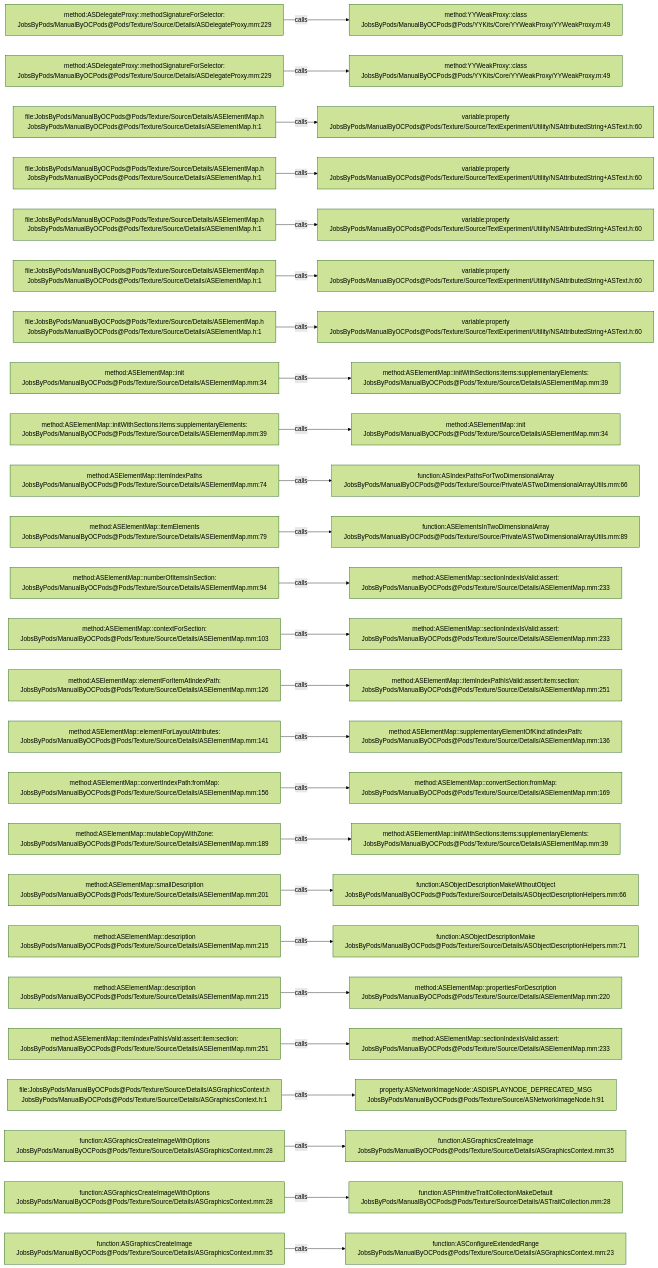
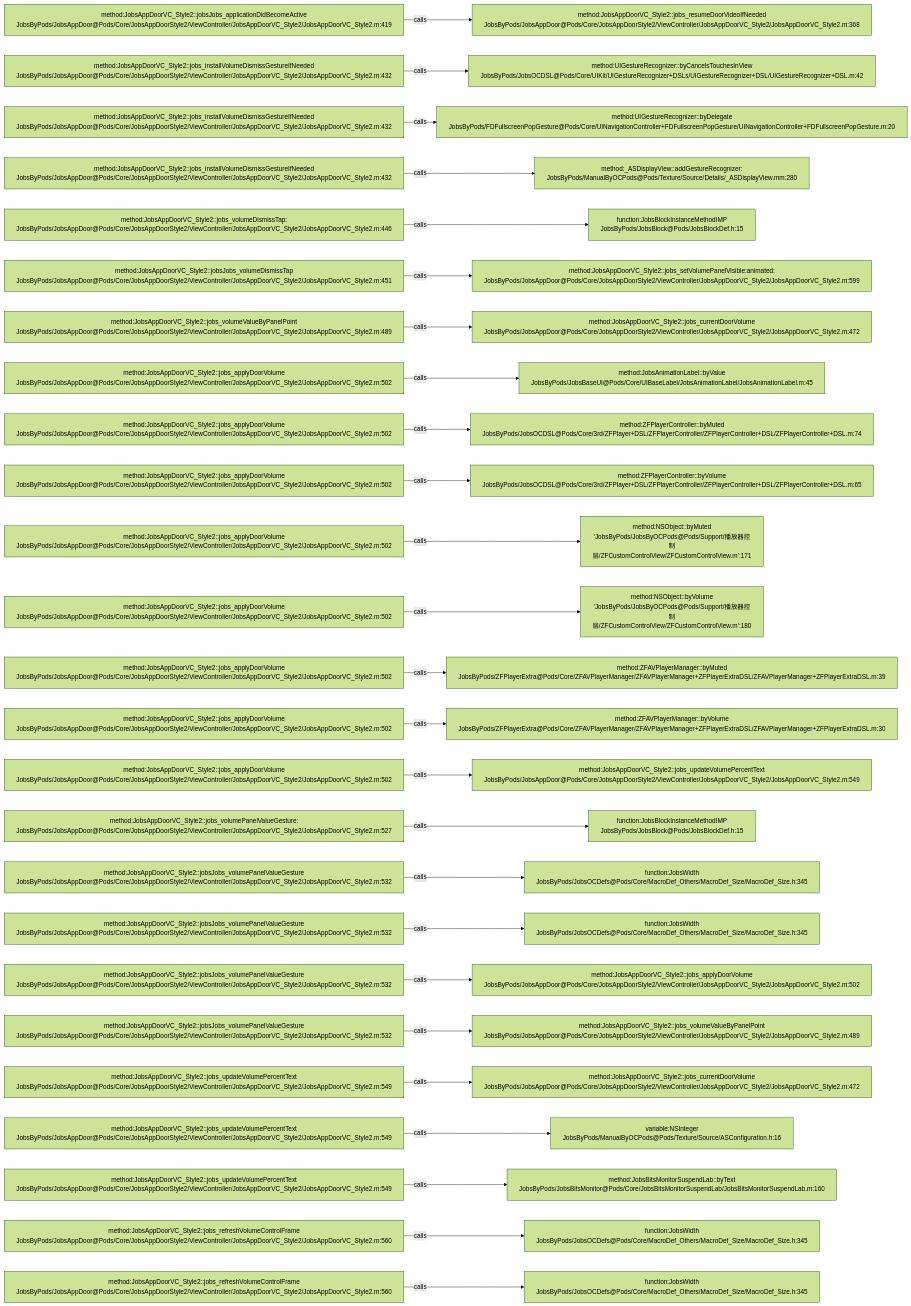
Before and after one commit to JobsKits/JobsOCBaseConfigDemo: the diagram in .codegraph/codegraph.md/graphs/calls-141.md, drawn with Mermaid (forest theme). The commit also changed 768 other files, not shown here.

````diff
--- a/.codegraph/codegraph.md/graphs/calls-141.md
+++ b/.codegraph/codegraph.md/graphs/calls-141.md
@@ -13,78 +13,78 @@
 ```mermaid
 flowchart LR
-  S1["method:ASDelegateProxy::methodSignatureForSelector:<br/>JobsByPods/ManualByOCPods@Pods/Texture/Source/Details/ASDelegateProxy.mm:229"]
-  T1["method:YYWeakProxy::class<br/>JobsByPods/ManualByOCPods@Pods/YYKits/Core/YYWeakProxy/YYWeakProxy.m:49"]
+  S1["method:JobsAppDoorVC_Style2::jobsJobs_applicationDidBecomeActive<br/>JobsByPods/JobsAppDoor@Pods/Core/JobsAppDoorStyle2/ViewController/JobsAppDoorVC_Style2/JobsAppDoorVC_Style2.m:419"]
+  T1["method:JobsAppDoorVC_Style2::jobs_resumeDoorVideoIfNeeded<br/>JobsByPods/JobsAppDoor@Pods/Core/JobsAppDoorStyle2/ViewController/JobsAppDoorVC_Style2/JobsAppDoorVC_Style2.m:368"]
   S1 -->|calls| T1
-  S2["method:ASDelegateProxy::methodSignatureForSelector:<br/>JobsByPods/ManualByOCPods@Pods/Texture/Source/Details/ASDelegateProxy.mm:229"]
-  T2["method:YYWeakProxy::class<br/>JobsByPods/ManualByOCPods@Pods/YYKits/Core/YYWeakProxy/YYWeakProxy.m:49"]
+  S2["method:JobsAppDoorVC_Style2::jobs_installVolumeDismissGestureIfNeeded<br/>JobsByPods/JobsAppDoor@Pods/Core/JobsAppDoorStyle2/ViewController/JobsAppDoorVC_Style2/JobsAppDoorVC_Style2.m:432"]
+  T2["method:UIGestureRecognizer::byCancelsTouchesInView<br/>JobsByPods/JobsOCDSL@Pods/Core/UIKit/UIGestureRecognizer+DSLs/UIGestureRecognizer+DSL/UIGestureRecognizer+DSL.m:42"]
   S2 -->|calls| T2
-  S3["file:JobsByPods/ManualByOCPods@Pods/Texture/Source/Details/ASElementMap.h<br/>JobsByPods/ManualByOCPods@Pods/Texture/Source/Details/ASElementMap.h:1"]
-  T3["variable:property<br/>JobsByPods/ManualByOCPods@Pods/Texture/Source/TextExperiment/Utility/NSAttributedString+ASText.h:60"]
+  S3["method:JobsAppDoorVC_Style2::jobs_installVolumeDismissGestureIfNeeded<br/>JobsByPods/JobsAppDoor@Pods/Core/JobsAppDoorStyle2/ViewController/JobsAppDoorVC_Style2/JobsAppDoorVC_Style2.m:432"]
+  T3["method:UIGestureRecognizer::byDelegate<br/>JobsByPods/FDFullscreenPopGesture@Pods/Core/UINavigationController+FDFullscreenPopGesture/UINavigationController+FDFullscreenPopGesture.m:20"]
   S3 -->|calls| T3
-  S4["file:JobsByPods/ManualByOCPods@Pods/Texture/Source/Details/ASElementMap.h<br/>JobsByPods/ManualByOCPods@Pods/Texture/Source/Details/ASElementMap.h:1"]
-  T4["variable:property<br/>JobsByPods/ManualByOCPods@Pods/Texture/Source/TextExperiment/Utility/NSAttributedString+ASText.h:60"]
+  S4["method:JobsAppDoorVC_Style2::jobs_installVolumeDismissGestureIfNeeded<br/>JobsByPods/JobsAppDoor@Pods/Core/JobsAppDoorStyle2/ViewController/JobsAppDoorVC_Style2/JobsAppDoorVC_Style2.m:432"]
+  T4["method:_ASDisplayView::addGestureRecognizer:<br/>JobsByPods/ManualByOCPods@Pods/Texture/Source/Details/_ASDisplayView.mm:280"]
   S4 -->|calls| T4
-  S5["file:JobsByPods/ManualByOCPods@Pods/Texture/Source/Details/ASElementMap.h<br/>JobsByPods/ManualByOCPods@Pods/Texture/Source/Details/ASElementMap.h:1"]
-  T5["variable:property<br/>JobsByPods/ManualByOCPods@Pods/Texture/Source/TextExperiment/Utility/NSAttributedString+ASText.h:60"]
+  S5["method:JobsAppDoorVC_Style2::jobs_volumeDismissTap:<br/>JobsByPods/JobsAppDoor@Pods/Core/JobsAppDoorStyle2/ViewController/JobsAppDoorVC_Style2/JobsAppDoorVC_Style2.m:446"]
+  T5["function:JobsBlockInstanceMethodIMP<br/>JobsByPods/JobsBlock@Pods/JobsBlockDef.h:15"]
   S5 -->|calls| T5
-  S6["file:JobsByPods/ManualByOCPods@Pods/Texture/Source/Details/ASElementMap.h<br/>JobsByPods/ManualByOCPods@Pods/Texture/Source/Details/ASElementMap.h:1"]
-  T6["variable:property<br/>JobsByPods/ManualByOCPods@Pods/Texture/Source/TextExperiment/Utility/NSAttributedString+ASText.h:60"]
+  S6["method:JobsAppDoorVC_Style2::jobsJobs_volumeDismissTap<br/>JobsByPods/JobsAppDoor@Pods/Core/JobsAppDoorStyle2/ViewController/JobsAppDoorVC_Style2/JobsAppDoorVC_Style2.m:451"]
+  T6["method:JobsAppDoorVC_Style2::jobs_setVolumePanelVisible:animated:<br/>JobsByPods/JobsAppDoor@Pods/Core/JobsAppDoorStyle2/ViewController/JobsAppDoorVC_Style2/JobsAppDoorVC_Style2.m:599"]
   S6 -->|calls| T6
-  S7["file:JobsByPods/ManualByOCPods@Pods/Texture/Source/Details/ASElementMap.h<br/>JobsByPods/ManualByOCPods@Pods/Texture/Source/Details/ASElementMap.h:1"]
-  T7["variable:property<br/>JobsByPods/ManualByOCPods@Pods/Texture/Source/TextExperiment/Utility/NSAttributedString+ASText.h:60"]
+  S7["method:JobsAppDoorVC_Style2::jobs_volumeValueByPanelPoint<br/>JobsByPods/JobsAppDoor@Pods/Core/JobsAppDoorStyle2/ViewController/JobsAppDoorVC_Style2/JobsAppDoorVC_Style2.m:489"]
+  T7["method:JobsAppDoorVC_Style2::jobs_currentDoorVolume<br/>JobsByPods/JobsAppDoor@Pods/Core/JobsAppDoorStyle2/ViewController/JobsAppDoorVC_Style2/JobsAppDoorVC_Style2.m:472"]
   S7 -->|calls| T7
-  S8["method:ASElementMap::init<br/>JobsByPods/ManualByOCPods@Pods/Texture/Source/Details/ASElementMap.mm:34"]
-  T8["method:ASElementMap::initWithSections:items:supplementaryElements:<br/>JobsByPods/ManualByOCPods@Pods/Texture/Source/Details/ASElementMap.mm:39"]
+  S8["method:JobsAppDoorVC_Style2::jobs_applyDoorVolume<br/>JobsByPods/JobsAppDoor@Pods/Core/JobsAppDoorStyle2/ViewController/JobsAppDoorVC_Style2/JobsAppDoorVC_Style2.m:502"]
+  T8["method:JobsAnimationLabel::byValue<br/>JobsByPods/JobsBaseUI@Pods/Core/UIBaseLabel/JobsAnimationLabel/JobsAnimationLabel.m:45"]
   S8 -->|calls| T8
-  S9["method:ASElementMap::initWithSections:items:supplementaryElements:<br/>JobsByPods/ManualByOCPods@Pods/Texture/Source/Details/ASElementMap.mm:39"]
-  T9["method:ASElementMap::init<br/>JobsByPods/ManualByOCPods@Pods/Texture/Source/Details/ASElementMap.mm:34"]
+  S9["method:JobsAppDoorVC_Style2::jobs_applyDoorVolume<br/>JobsByPods/JobsAppDoor@Pods/Core/JobsAppDoorStyle2/ViewController/JobsAppDoorVC_Style2/JobsAppDoorVC_Style2.m:502"]
+  T9["method:ZFPlayerController::byMuted<br/>JobsByPods/JobsOCDSL@Pods/Core/3rd/ZFPlayer+DSL/ZFPlayerController/ZFPlayerController+DSL/ZFPlayerController+DSL.m:74"]
   S9 -->|calls| T9
-  S10["method:ASElementMap::itemIndexPaths<br/>JobsByPods/ManualByOCPods@Pods/Texture/Source/Details/ASElementMap.mm:74"]
-  T10["function:ASIndexPathsForTwoDimensionalArray<br/>JobsByPods/ManualByOCPods@Pods/Texture/Source/Private/ASTwoDimensionalArrayUtils.mm:66"]
+  S10["method:JobsAppDoorVC_Style2::jobs_applyDoorVolume<br/>JobsByPods/JobsAppDoor@Pods/Core/JobsAppDoorStyle2/ViewController/JobsAppDoorVC_Style2/JobsAppDoorVC_Style2.m:502"]
+  T10["method:ZFPlayerController::byVolume<br/>JobsByPods/JobsOCDSL@Pods/Core/3rd/ZFPlayer+DSL/ZFPlayerController/ZFPlayerController+DSL/ZFPlayerController+DSL.m:65"]
   S10 -->|calls| T10
-  S11["method:ASElementMap::itemElements<br/>JobsByPods/ManualByOCPods@Pods/Texture/Source/Details/ASElementMap.mm:79"]
-  T11["function:ASElementsInTwoDimensionalArray<br/>JobsByPods/ManualByOCPods@Pods/Texture/Source/Private/ASTwoDimensionalArrayUtils.mm:89"]
+  S11["method:JobsAppDoorVC_Style2::jobs_applyDoorVolume<br/>JobsByPods/JobsAppDoor@Pods/Core/JobsAppDoorStyle2/ViewController/JobsAppDoorVC_Style2/JobsAppDoorVC_Style2.m:502"]
+  T11["method:NSObject::byMuted<br/>'JobsByPods/JobsByOCPods@Pods/Support/播放器控制层/ZFCustomControlView/ZFCustomControlView.m':171"]
   S11 -->|calls| T11
-  S12["method:ASElementMap::numberOfItemsInSection:<br/>JobsByPods/ManualByOCPods@Pods/Texture/Source/Details/ASElementMap.mm:94"]
-  T12["method:ASElementMap::sectionIndexIsValid:assert:<br/>JobsByPods/ManualByOCPods@Pods/Texture/Source/Details/ASElementMap.mm:233"]
+  S12["method:JobsAppDoorVC_Style2::jobs_applyDoorVolume<br/>JobsByPods/JobsAppDoor@Pods/Core/JobsAppDoorStyle2/ViewController/JobsAppDoorVC_Style2/JobsAppDoorVC_Style2.m:502"]
+  T12["method:NSObject::byVolume<br/>'JobsByPods/JobsByOCPods@Pods/Support/播放器控制层/ZFCustomControlView/ZFCustomControlView.m':180"]
   S12 -->|calls| T12
-  S13["method:ASElementMap::contextForSection:<br/>JobsByPods/ManualByOCPods@Pods/Texture/Source/Details/ASElementMap.mm:103"]
-  T13["method:ASElementMap::sectionIndexIsValid:assert:<br/>JobsByPods/ManualByOCPods@Pods/Texture/Source/Details/ASElementMap.mm:233"]
+  S13["method:JobsAppDoorVC_Style2::jobs_applyDoorVolume<br/>JobsByPods/JobsAppDoor@Pods/Core/JobsAppDoorStyle2/ViewController/JobsAppDoorVC_Style2/JobsAppDoorVC_Style2.m:502"]
+  T13["method:ZFAVPlayerManager::byMuted<br/>JobsByPods/ZFPlayerExtra@Pods/Core/ZFAVPlayerManager/ZFAVPlayerManager+ZFPlayerExtraDSL/ZFAVPlayerManager+ZFPlayerExtraDSL.m:39"]
   S13 -->|calls| T13
-  S14["method:ASElementMap::elementForItemAtIndexPath:<br/>JobsByPods/ManualByOCPods@Pods/Texture/Source/Details/ASElementMap.mm:126"]
-  T14["method:ASElementMap::itemIndexPathIsValid:assert:item:section:<br/>JobsByPods/ManualByOCPods@Pods/Texture/Source/Details/ASElementMap.mm:251"]
+  S14["method:JobsAppDoorVC_Style2::jobs_applyDoorVolume<br/>JobsByPods/JobsAppDoor@Pods/Core/JobsAppDoorStyle2/ViewController/JobsAppDoorVC_Style2/JobsAppDoorVC_Style2.m:502"]
+  T14["method:ZFAVPlayerManager::byVolume<br/>JobsByPods/ZFPlayerExtra@Pods/Core/ZFAVPlayerManager/ZFAVPlayerManager+ZFPlayerExtraDSL/ZFAVPlayerManager+ZFPlayerExtraDSL.m:30"]
   S14 -->|calls| T14
-  S15["method:ASElementMap::elementForLayoutAttributes:<br/>JobsByPods/ManualByOCPods@Pods/Texture/Source/Details/ASElementMap.mm:141"]
-  T15["method:ASElementMap::supplementaryElementOfKind:atIndexPath:<br/>JobsByPods/ManualByOCPods@Pods/Texture/Source/Details/ASElementMap.mm:136"]
+  S15["method:JobsAppDoorVC_Style2::jobs_applyDoorVolume<br/>JobsByPods/JobsAppDoor@Pods/Core/JobsAppDoorStyle2/ViewController/JobsAppDoorVC_Style2/JobsAppDoorVC_Style2.m:502"]
+  T15["method:JobsAppDoorVC_Style2::jobs_updateVolumePercentText<br/>JobsByPods/JobsAppDoor@Pods/Core/JobsAppDoorStyle2/ViewController/JobsAppDoorVC_Style2/JobsAppDoorVC_Style2.m:549"]
   S15 -->|calls| T15
-  S16["method:ASElementMap::convertIndexPath:fromMap:<br/>JobsByPods/ManualByOCPods@Pods/Texture/Source/Details/ASElementMap.mm:156"]
-  T16["method:ASElementMap::convertSection:fromMap:<br/>JobsByPods/ManualByOCPods@Pods/Texture/Source/Details/ASElementMap.mm:169"]
+  S16["method:JobsAppDoorVC_Style2::jobs_volumePanelValueGesture:<br/>JobsByPods/JobsAppDoor@Pods/Core/JobsAppDoorStyle2/ViewController/JobsAppDoorVC_Style2/JobsAppDoorVC_Style2.m:527"]
+  T16["function:JobsBlockInstanceMethodIMP<br/>JobsByPods/JobsBlock@Pods/JobsBlockDef.h:15"]
   S16 -->|calls| T16
-  S17["method:ASElementMap::mutableCopyWithZone:<br/>JobsByPods/ManualByOCPods@Pods/Texture/Source/Details/ASElementMap.mm:189"]
-  T17["method:ASElementMap::initWithSections:items:supplementaryElements:<br/>JobsByPods/ManualByOCPods@Pods/Texture/Source/Details/ASElementMap.mm:39"]
+  S17["method:JobsAppDoorVC_Style2::jobsJobs_volumePanelValueGesture<br/>JobsByPods/JobsAppDoor@Pods/Core/JobsAppDoorStyle2/ViewController/JobsAppDoorVC_Style2/JobsAppDoorVC_Style2.m:532"]
+  T17["function:JobsWidth<br/>JobsByPods/JobsOCDefs@Pods/Core/MacroDef_Others/MacroDef_Size/MacroDef_Size.h:345"]
   S17 -->|calls| T17
-  S18["method:ASElementMap::smallDescription<br/>JobsByPods/ManualByOCPods@Pods/Texture/Source/Details/ASElementMap.mm:201"]
-  T18["function:ASObjectDescriptionMakeWithoutObject<br/>JobsByPods/ManualByOCPods@Pods/Texture/Source/Details/ASObjectDescriptionHelpers.mm:66"]
+  S18["method:JobsAppDoorVC_Style2::jobsJobs_volumePanelValueGesture<br/>JobsByPods/JobsAppDoor@Pods/Core/JobsAppDoorStyle2/ViewController/JobsAppDoorVC_Style2/JobsAppDoorVC_Style2.m:532"]
+  T18["function:JobsWidth<br/>JobsByPods/JobsOCDefs@Pods/Core/MacroDef_Others/MacroDef_Size/MacroDef_Size.h:345"]
   S18 -->|calls| T18
-  S19["method:ASElementMap::description<br/>JobsByPods/ManualByOCPods@Pods/Texture/Source/Details/ASElementMap.mm:215"]
-  T19["function:ASObjectDescriptionMake<br/>JobsByPods/ManualByOCPods@Pods/Texture/Source/Details/ASObjectDescriptionHelpers.mm:71"]
+  S19["method:JobsAppDoorVC_Style2::jobsJobs_volumePanelValueGesture<br/>JobsByPods/JobsAppDoor@Pods/Core/JobsAppDoorStyle2/ViewController/JobsAppDoorVC_Style2/JobsAppDoorVC_Style2.m:532"]
+  T19["method:JobsAppDoorVC_Style2::jobs_applyDoorVolume<br/>JobsByPods/JobsAppDoor@Pods/Core/JobsAppDoorStyle2/ViewController/JobsAppDoorVC_Style2/JobsAppDoorVC_Style2.m:502"]
   S19 -->|calls| T19
-  S20["method:ASElementMap::description<br/>JobsByPods/ManualByOCPods@Pods/Texture/Source/Details/ASElementMap.mm:215"]
-  T20["method:ASElementMap::propertiesForDescription<br/>JobsByPods/ManualByOCPods@Pods/Texture/Source/Details/ASElementMap.mm:220"]
+  S20["method:JobsAppDoorVC_Style2::jobsJobs_volumePanelValueGesture<br/>JobsByPods/JobsAppDoor@Pods/Core/JobsAppDoorStyle2/ViewController/JobsAppDoorVC_Style2/JobsAppDoorVC_Style2.m:532"]
+  T20["method:JobsAppDoorVC_Style2::jobs_volumeValueByPanelPoint<br/>JobsByPods/JobsAppDoor@Pods/Core/JobsAppDoorStyle2/ViewController/JobsAppDoorVC_Style2/JobsAppDoorVC_Style2.m:489"]
   S20 -->|calls| T20
-  S21["method:ASElementMap::itemIndexPathIsValid:assert:item:section:<br/>JobsByPods/ManualByOCPods@Pods/Texture/Source/Details/ASElementMap.mm:251"]
-  T21["method:ASElementMap::sectionIndexIsValid:assert:<br/>JobsByPods/ManualByOCPods@Pods/Texture/Source/Details/ASElementMap.mm:233"]
+  S21["method:JobsAppDoorVC_Style2::jobs_updateVolumePercentText<br/>JobsByPods/JobsAppDoor@Pods/Core/JobsAppDoorStyle2/ViewController/JobsAppDoorVC_Style2/JobsAppDoorVC_Style2.m:549"]
+  T21["method:JobsAppDoorVC_Style2::jobs_currentDoorVolume<br/>JobsByPods/JobsAppDoor@Pods/Core/JobsAppDoorStyle2/ViewController/JobsAppDoorVC_Style2/JobsAppDoorVC_Style2.m:472"]
   S21 -->|calls| T21
-  S22["file:JobsByPods/ManualByOCPods@Pods/Texture/Source/Details/ASGraphicsContext.h<br/>JobsByPods/ManualByOCPods@Pods/Texture/Source/Details/ASGraphicsContext.h:1"]
-  T22["property:ASNetworkImageNode::ASDISPLAYNODE_DEPRECATED_MSG<br/>JobsByPods/ManualByOCPods@Pods/Texture/Source/ASNetworkImageNode.h:91"]
+  S22["method:JobsAppDoorVC_Style2::jobs_updateVolumePercentText<br/>JobsByPods/JobsAppDoor@Pods/Core/JobsAppDoorStyle2/ViewController/JobsAppDoorVC_Style2/JobsAppDoorVC_Style2.m:549"]
+  T22["variable:NSInteger<br/>JobsByPods/ManualByOCPods@Pods/Texture/Source/ASConfiguration.h:16"]
   S22 -->|calls| T22
-  S23["function:ASGraphicsCreateImageWithOptions<br/>JobsByPods/ManualByOCPods@Pods/Texture/Source/Details/ASGraphicsContext.mm:28"]
-  T23["function:ASGraphicsCreateImage<br/>JobsByPods/ManualByOCPods@Pods/Texture/Source/Details/ASGraphicsContext.mm:35"]
+  S23["method:JobsAppDoorVC_Style2::jobs_updateVolumePercentText<br/>JobsByPods/JobsAppDoor@Pods/Core/JobsAppDoorStyle2/ViewController/JobsAppDoorVC_Style2/JobsAppDoorVC_Style2.m:549"]
+  T23["method:JobsBitsMonitorSuspendLab::byText<br/>JobsByPods/JobsBitsMonitor@Pods/Core/JobsBitsMonitorSuspendLab/JobsBitsMonitorSuspendLab.m:160"]
   S23 -->|calls| T23
-  S24["function:ASGraphicsCreateImageWithOptions<br/>JobsByPods/ManualByOCPods@Pods/Texture/Source/Details/ASGraphicsContext.mm:28"]
-  T24["function:ASPrimitiveTraitCollectionMakeDefault<br/>JobsByPods/ManualByOCPods@Pods/Texture/Source/Details/ASTraitCollection.mm:28"]
+  S24["method:JobsAppDoorVC_Style2::jobs_refreshVolumeControlFrame<br/>JobsByPods/JobsAppDoor@Pods/Core/JobsAppDoorStyle2/ViewController/JobsAppDoorVC_Style2/JobsAppDoorVC_Style2.m:560"]
+  T24["function:JobsWidth<br/>JobsByPods/JobsOCDefs@Pods/Core/MacroDef_Others/MacroDef_Size/MacroDef_Size.h:345"]
   S24 -->|calls| T24
-  S25["function:ASGraphicsCreateImage<br/>JobsByPods/ManualByOCPods@Pods/Texture/Source/Details/ASGraphicsContext.mm:35"]
-  T25["function:ASConfigureExtendedRange<br/>JobsByPods/ManualByOCPods@Pods/Texture/Source/Details/ASGraphicsContext.mm:23"]
+  S25["method:JobsAppDoorVC_Style2::jobs_refreshVolumeControlFrame<br/>JobsByPods/JobsAppDoor@Pods/Core/JobsAppDoorStyle2/ViewController/JobsAppDoorVC_Style2/JobsAppDoorVC_Style2.m:560"]
+  T25["function:JobsWidth<br/>JobsByPods/JobsOCDefs@Pods/Core/MacroDef_Others/MacroDef_Size/MacroDef_Size.h:345"]
   S25 -->|calls| T25
 ```
````
